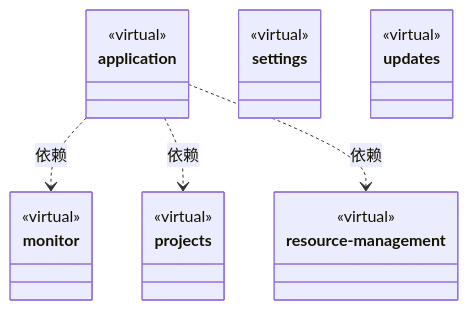
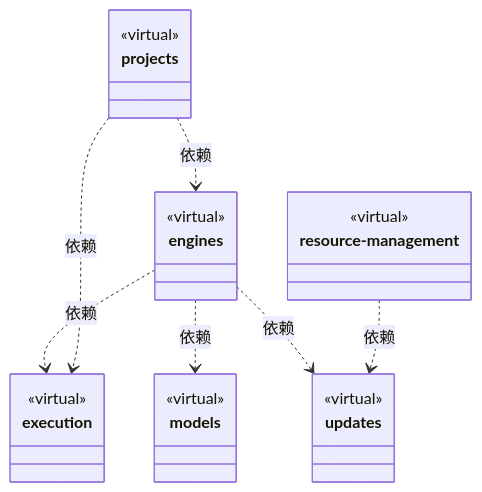
One commit to nan023062/cbim changed the first of 2 diagrams in src/logic-new/ARCHITECTURE.md. Above: the diagram before and after it, drawn with Mermaid. The commit also changed other lines of this file and 24 other files, not shown here.

First line of the commit message:
chore: repair test ownership and architecture documentation

````diff
--- a/src/logic-new/ARCHITECTURE.md
+++ b/src/logic-new/ARCHITECTURE.md
@@ -19,30 +19,33 @@
 ```mermaid
 classDiagram
-class N_353719356734["application"] {
+class N_e4e1412fd1d5["engines"] {
   <<virtual>>
 }
-click N_353719356734 href "application/ARCHITECTURE.md"
-class N_105eef4f3348["monitor"] {
+click N_e4e1412fd1d5 href "engines/ARCHITECTURE.md"
+class N_8c25075cbaa1["execution"] {
   <<virtual>>
 }
-click N_105eef4f3348 href "monitor/ARCHITECTURE.md"
+click N_8c25075cbaa1 href "execution/ARCHITECTURE.md"
+class N_0a27e7dbec3a["models"] {
+  <<virtual>>
+}
+click N_0a27e7dbec3a href "models/ARCHITECTURE.md"
+class N_0adbfaa2201b["updates"] {
+  <<virtual>>
+}
+click N_0adbfaa2201b href "updates/ARCHITECTURE.md"
 class N_70d503980bba["projects"] {
   <<virtual>>
 }
 click N_70d503980bba href "projects/ARCHITECTURE.md"
 class N_d91567a60d08["resource-management"] {
   <<virtual>>
 }
 click N_d91567a60d08 href "resource-management/ARCHITECTURE.md"
-class N_6a083dde6711["settings"] {
-  <<virtual>>
-}
-click N_6a083dde6711 href "settings/ARCHITECTURE.md"
-class N_0adbfaa2201b["updates"] {
-  <<virtual>>
-}
-click N_0adbfaa2201b href "updates/ARCHITECTURE.md"
-N_353719356734 ..> N_105eef4f3348 : 依赖
-N_353719356734 ..> N_70d503980bba : 依赖
-N_353719356734 ..> N_d91567a60d08 : 依赖
+N_e4e1412fd1d5 ..> N_8c25075cbaa1 : 依赖
+N_e4e1412fd1d5 ..> N_0a27e7dbec3a : 依赖
+N_e4e1412fd1d5 ..> N_0adbfaa2201b : 依赖
+N_70d503980bba ..> N_e4e1412fd1d5 : 依赖
+N_70d503980bba ..> N_8c25075cbaa1 : 依赖
+N_d91567a60d08 ..> N_0adbfaa2201b : 依赖
 ```
````
